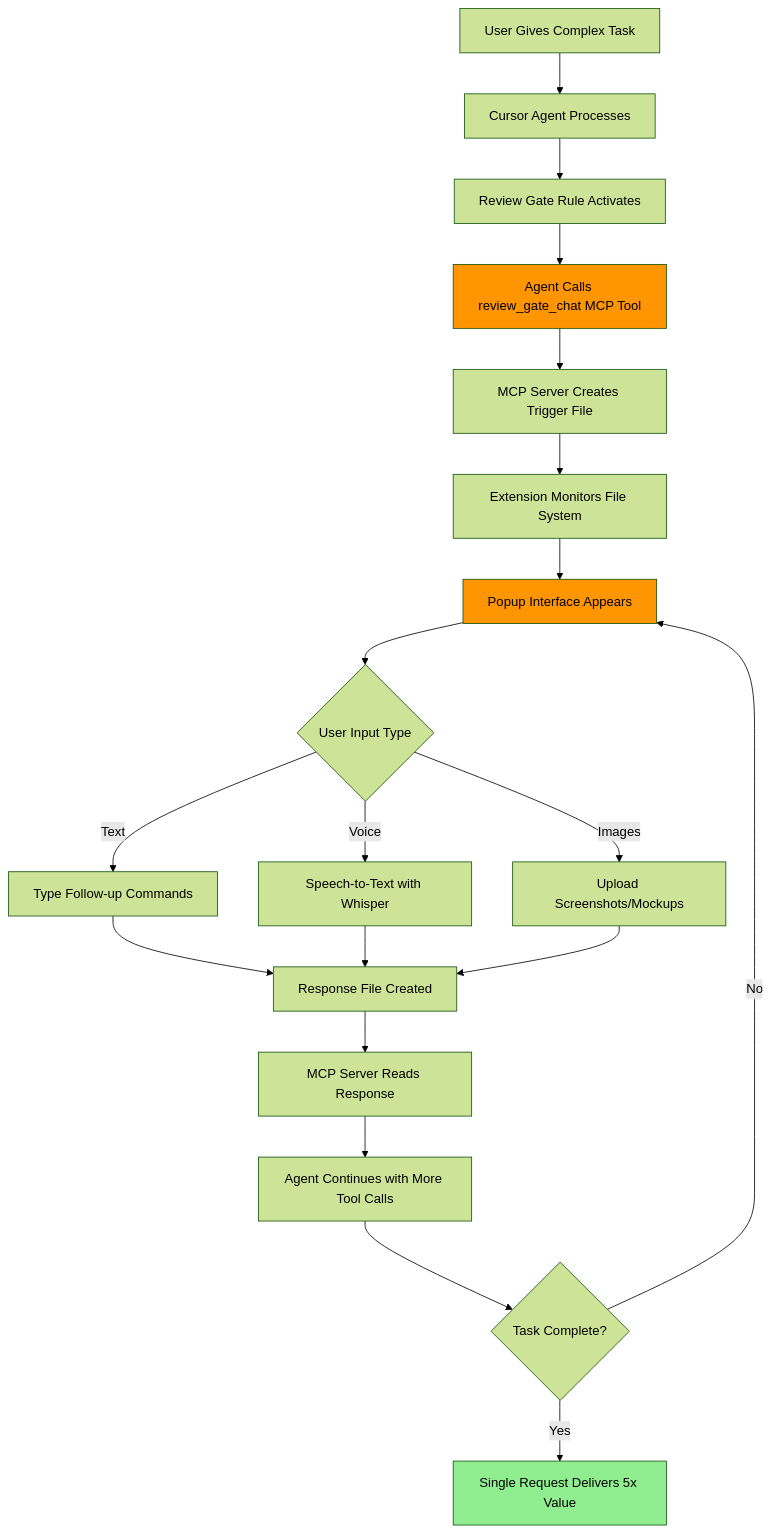
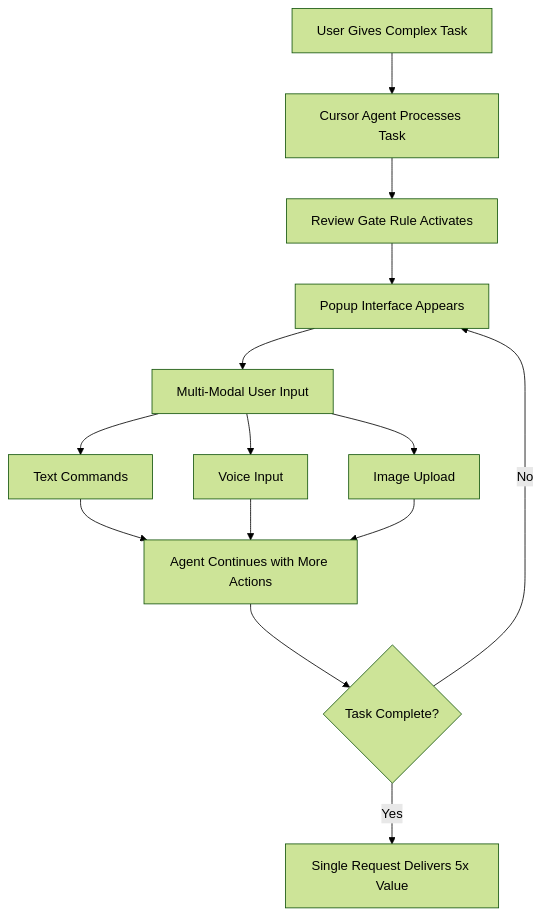
Before and after one commit to lwyee/Review-Gate: the diagram in readme.md, drawn with Mermaid (forest theme). The commit also changed other lines of this file and 1 other file, not shown here.

````diff
--- a/readme.md
+++ b/readme.md
@@ -24,25 +24,17 @@
 ```mermaid
 graph TD
-    A[User Gives Complex Task] --> B[Cursor Agent Processes]
+    A[User Gives Complex Task] --> B[Cursor Agent Processes Task]
     B --> C[Review Gate Rule Activates]
-    C --> D[Agent Calls review_gate_chat MCP Tool]
-    D --> E[MCP Server Creates Trigger File]
-    E --> F[Extension Monitors File System]
-    F --> G[Popup Interface Appears]
-    G --> H{User Input Type}
-    H -->|Text| I[Type Follow-up Commands]
-    H -->|Voice| J[Speech-to-Text with Whisper]
-    H -->|Images| K[Upload Screenshots/Mockups]
-    I --> L[Response File Created]
-    J --> L
-    K --> L
-    L --> M[MCP Server Reads Response]
-    M --> N[Agent Continues with More Tool Calls]
-    N --> O{Task Complete?}
-    O -->|No| G
-    O -->|Yes| P[Single Request Delivers 5x Value]
+    C --> D[Popup Interface Appears]
+    D --> E[Multi-Modal User Input]
+    E --> E1[Text Commands]
+    E --> E2[Voice Input]
+    E --> E3[Image Upload]
+    E1 --> F[Agent Continues with More Actions]
+    E2 --> F
+    E3 --> F
+    F --> G{Task Complete?}
+    G -->|No| D
+    G -->|Yes| H[Single Request Delivers 5x Value]
     
-    style D fill:#ff9500
-    style G fill:#ff9500
-    style P fill:#90EE90
 ```
````
